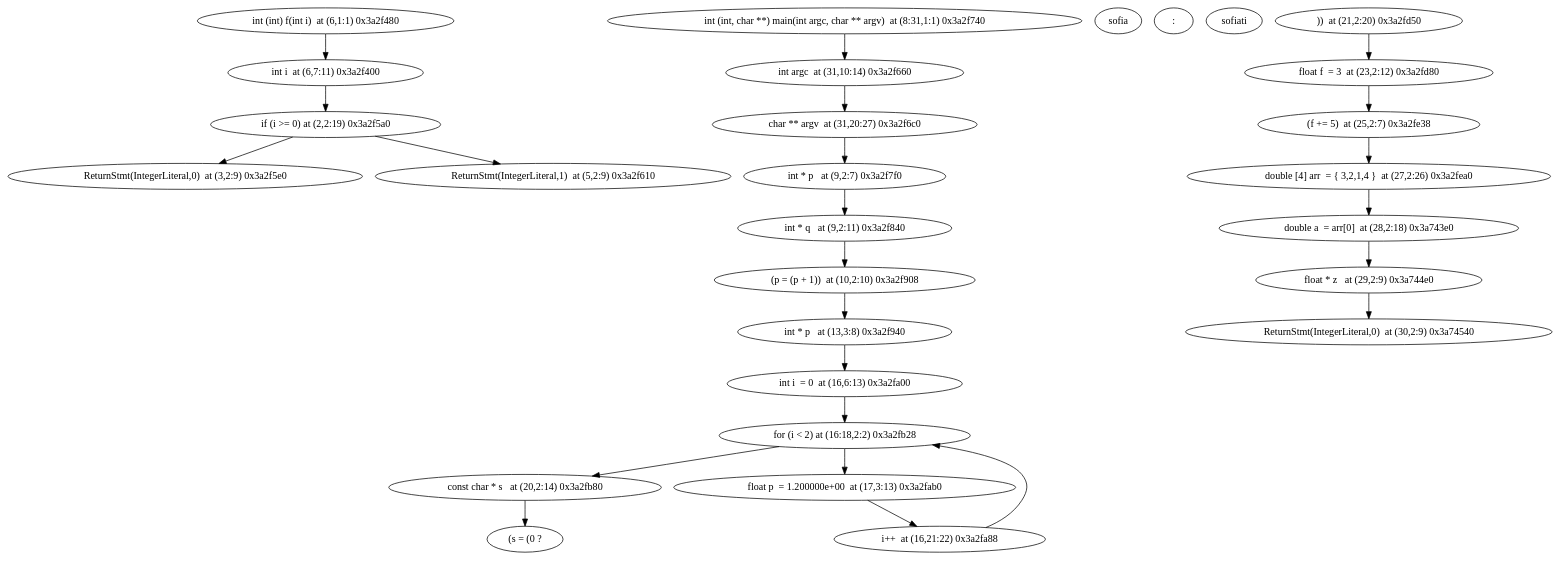
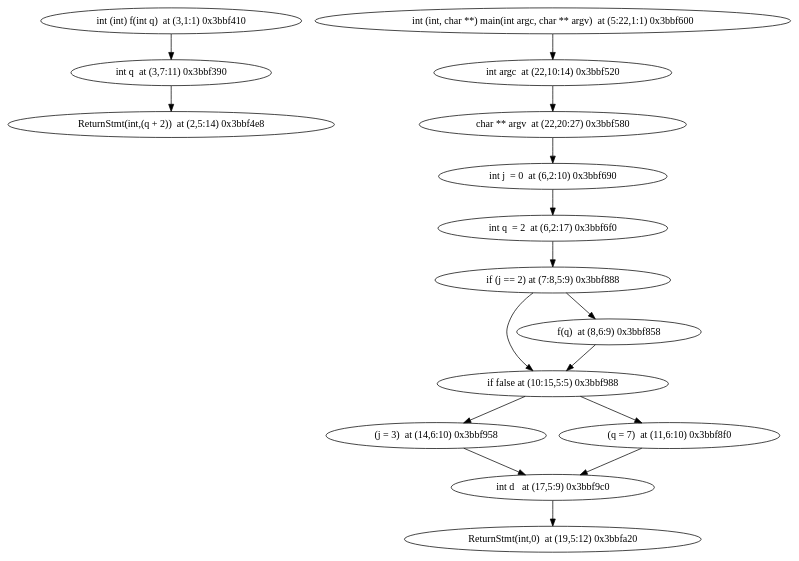
One commit to jxw1102/Projet-merou changed the diagram in ModelChecker/unitary_tests/Model_checker/test.dot. Above: the diagram before and after it, drawn with Graphviz. The commit also changed 19 other files, not shown here.

```diff
--- a/ModelChecker/unitary_tests/Model_checker/test.dot
+++ b/ModelChecker/unitary_tests/Model_checker/test.dot
@@ -1,28 +1,19 @@
 digraph {
-"int (int) f(int i)  at (6,1:1) 0x3a2f480" -> "int i  at (6,7:11) 0x3a2f400"
-"int i  at (6,7:11) 0x3a2f400" -> "if (i >= 0) at (2,2:19) 0x3a2f5a0"
-"if (i >= 0) at (2,2:19) 0x3a2f5a0" -> "ReturnStmt(IntegerLiteral,0)  at (3,2:9) 0x3a2f5e0"
-"if (i >= 0) at (2,2:19) 0x3a2f5a0" -> "ReturnStmt(IntegerLiteral,1)  at (5,2:9) 0x3a2f610"
-"ReturnStmt(IntegerLiteral,0)  at (3,2:9) 0x3a2f5e0"
-"ReturnStmt(IntegerLiteral,1)  at (5,2:9) 0x3a2f610"
-"int (int, char **) main(int argc, char ** argv)  at (8:31,1:1) 0x3a2f740" -> "int argc  at (31,10:14) 0x3a2f660"
-"int argc  at (31,10:14) 0x3a2f660" -> "char ** argv  at (31,20:27) 0x3a2f6c0"
-"char ** argv  at (31,20:27) 0x3a2f6c0" -> "int * p   at (9,2:7) 0x3a2f7f0"
-"int * p   at (9,2:7) 0x3a2f7f0" -> "int * q   at (9,2:11) 0x3a2f840"
-"int * q   at (9,2:11) 0x3a2f840" -> "(p = (p + 1))  at (10,2:10) 0x3a2f908"
-"(p = (p + 1))  at (10,2:10) 0x3a2f908" -> "int * p   at (13,3:8) 0x3a2f940"
-"int * p   at (13,3:8) 0x3a2f940" -> "int i  = 0  at (16,6:13) 0x3a2fa00"
-"int i  = 0  at (16,6:13) 0x3a2fa00" -> "for (i < 2) at (16:18,2:2) 0x3a2fb28"
-"for (i < 2) at (16:18,2:2) 0x3a2fb28" -> "const char * s   at (20,2:14) 0x3a2fb80"
-"for (i < 2) at (16:18,2:2) 0x3a2fb28" -> "float p  = 1.200000e+00  at (17,3:13) 0x3a2fab0"
-"const char * s   at (20,2:14) 0x3a2fb80" -> "(s = (0 ? "sofia" : "sofiati"))  at (21,2:20) 0x3a2fd50"
-"(s = (0 ? "sofia" : "sofiati"))  at (21,2:20) 0x3a2fd50" -> "float f  = 3  at (23,2:12) 0x3a2fd80"
-"float f  = 3  at (23,2:12) 0x3a2fd80" -> "(f += 5)  at (25,2:7) 0x3a2fe38"
-"(f += 5)  at (25,2:7) 0x3a2fe38" -> "double [4] arr  = { 3,2,1,4 }  at (27,2:26) 0x3a2fea0"
-"double [4] arr  = { 3,2,1,4 }  at (27,2:26) 0x3a2fea0" -> "double a  = arr[0]  at (28,2:18) 0x3a743e0"
-"double a  = arr[0]  at (28,2:18) 0x3a743e0" -> "float * z   at (29,2:9) 0x3a744e0"
-"float * z   at (29,2:9) 0x3a744e0" -> "ReturnStmt(IntegerLiteral,0)  at (30,2:9) 0x3a74540"
-"ReturnStmt(IntegerLiteral,0)  at (30,2:9) 0x3a74540"
-"float p  = 1.200000e+00  at (17,3:13) 0x3a2fab0" -> "i++  at (16,21:22) 0x3a2fa88"
-"i++  at (16,21:22) 0x3a2fa88" -> "for (i < 2) at (16:18,2:2) 0x3a2fb28"
+"int (int) f(int q)  at (3,1:1) 0x3bbf410" -> "int q  at (3,7:11) 0x3bbf390"
+"int q  at (3,7:11) 0x3bbf390" -> "ReturnStmt(int,(q + 2))  at (2,5:14) 0x3bbf4e8"
+"ReturnStmt(int,(q + 2))  at (2,5:14) 0x3bbf4e8"
+"int (int, char **) main(int argc, char ** argv)  at (5:22,1:1) 0x3bbf600" -> "int argc  at (22,10:14) 0x3bbf520"
+"int argc  at (22,10:14) 0x3bbf520" -> "char ** argv  at (22,20:27) 0x3bbf580"
+"char ** argv  at (22,20:27) 0x3bbf580" -> "int j  = 0  at (6,2:10) 0x3bbf690"
+"int j  = 0  at (6,2:10) 0x3bbf690" -> "int q  = 2  at (6,2:17) 0x3bbf6f0"
+"int q  = 2  at (6,2:17) 0x3bbf6f0" -> "if (j == 2) at (7:8,5:9) 0x3bbf888"
+"if (j == 2) at (7:8,5:9) 0x3bbf888" -> "if false at (10:15,5:5) 0x3bbf988"
+"if (j == 2) at (7:8,5:9) 0x3bbf888" -> "f(q)  at (8,6:9) 0x3bbf858"
+"if false at (10:15,5:5) 0x3bbf988" -> "(j = 3)  at (14,6:10) 0x3bbf958"
+"if false at (10:15,5:5) 0x3bbf988" -> "(q = 7)  at (11,6:10) 0x3bbf8f0"
+"(j = 3)  at (14,6:10) 0x3bbf958" -> "int d   at (17,5:9) 0x3bbf9c0"
+"int d   at (17,5:9) 0x3bbf9c0" -> "ReturnStmt(int,0)  at (19,5:12) 0x3bbfa20"
+"ReturnStmt(int,0)  at (19,5:12) 0x3bbfa20"
+"(q = 7)  at (11,6:10) 0x3bbf8f0" -> "int d   at (17,5:9) 0x3bbf9c0"
+"f(q)  at (8,6:9) 0x3bbf858" -> "if false at (10:15,5:5) 0x3bbf988"
 }
```
